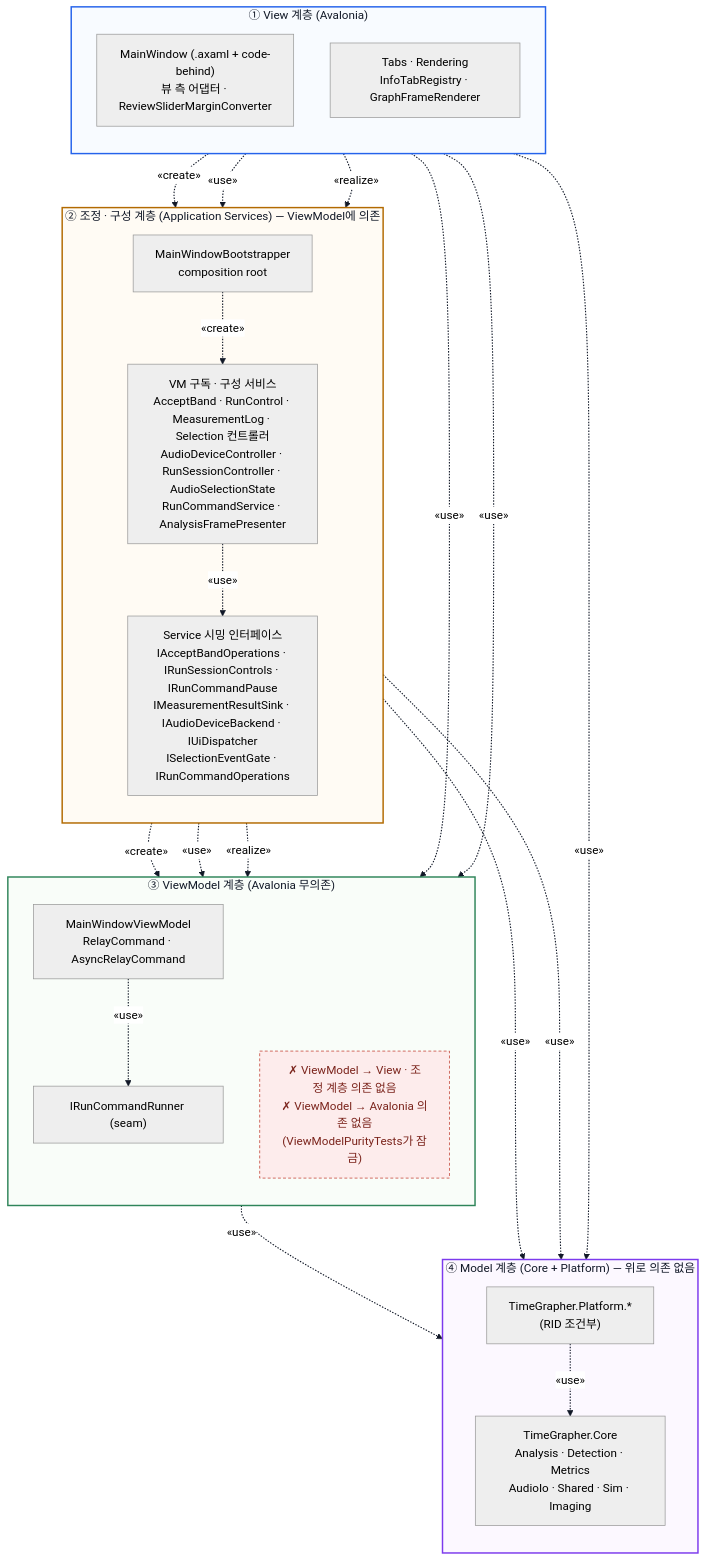
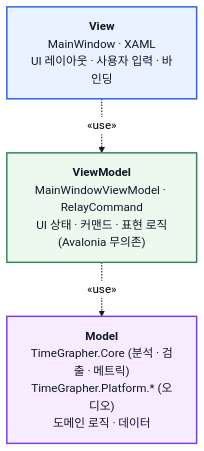
One commit to Jae-hong-5/TimeGrapher-Net changed the diagram in docs/for-ai/MVVM_VIEW_ARCHITECTURE.md. Above: the diagram before and after it, drawn with Mermaid (neutral theme). The commit also changed other lines of this file, not shown here.

First line of the commit message:
docs(for-ai): simplify the MVVM dependency view to the ideal three-layer model

````diff
--- a/docs/for-ai/MVVM_VIEW_ARCHITECTURE.md
+++ b/docs/for-ai/MVVM_VIEW_ARCHITECTURE.md
@@ -29,55 +13,14 @@
 ```mermaid
 flowchart TB
-    subgraph ViewLayer["① View 계층 (Avalonia)"]
-        direction TB
-        VView["MainWindow (.axaml + code-behind)<br/>뷰 측 어댑터 · ReviewSliderMarginConverter"]
-        VTabs["Tabs · Rendering<br/>InfoTabRegistry · GraphFrameRenderer"]
-    end
+    View["<b>View</b><br/>MainWindow · XAML<br/>UI 레이아웃 · 사용자 입력 · 바인딩"]
+    ViewModel["<b>ViewModel</b><br/>MainWindowViewModel · RelayCommand<br/>UI 상태 · 커맨드 · 표현 로직<br/>(Avalonia 무의존)"]
+    Model["<b>Model</b><br/>TimeGrapher.Core (분석 · 검출 · 메트릭)<br/>TimeGrapher.Platform.* (오디오)<br/>도메인 로직 · 데이터"]
 
-    subgraph CoordLayer["② 조정 · 구성 계층 (Application Services) — ViewModel에 의존"]
-        direction TB
-        Boot["MainWindowBootstrapper<br/>composition root"]
-        Coord["VM 구독 · 구성 서비스<br/>AcceptBand · RunControl · MeasurementLog · Selection 컨트롤러<br/>AudioDeviceController · RunSessionController · AudioSelectionState<br/>RunCommandService · AnalysisFramePresenter"]
-        Seams["Service 시밍 인터페이스<br/>IAcceptBandOperations · IRunSessionControls · IRunCommandPause<br/>IMeasurementResultSink · IAudioDeviceBackend · IUiDispatcher<br/>ISelectionEventGate · IRunCommandOperations"]
-    end
+    View -. "«use»" .-> ViewModel
+    ViewModel -. "«use»" .-> Model
 
-    subgraph ViewModelLayer["③ ViewModel 계층 (Avalonia 무의존)"]
-        direction TB
-        VM["MainWindowViewModel<br/>RelayCommand · AsyncRelayCommand"]
-        Runner["IRunCommandRunner (seam)"]
-        NoDep["✗ ViewModel → View · 조정 계층 의존 없음<br/>✗ ViewModel → Avalonia 의존 없음<br/>(ViewModelPurityTests가 잠금)"]
-    end
-
-    subgraph ModelLayer["④ Model 계층 (Core + Platform) — 위로 의존 없음"]
-        direction TB
-        Core["TimeGrapher.Core<br/>Analysis · Detection · Metrics<br/>AudioIo · Shared · Sim · Imaging"]
-        Platform["TimeGrapher.Platform.*<br/>(RID 조건부)"]
-    end
-
-    style ViewLayer fill:#eaf2ff,fill-opacity:0.35,stroke:#2563eb,stroke-width:2px,color:#111827
-    style CoordLayer fill:#fff3df,fill-opacity:0.35,stroke:#b26a00,stroke-width:2px,color:#111827
-    style ViewModelLayer fill:#edf8ee,fill-opacity:0.35,stroke:#2f855a,stroke-width:2px,color:#111827
-    style ModelLayer fill:#f7ecff,fill-opacity:0.35,stroke:#7c3aed,stroke-width:2px,color:#111827
-    style NoDep fill:#fdecec,stroke:#c0392b,stroke-width:1px,color:#7b241c,stroke-dasharray:4 3
+    style View fill:#eaf2ff,stroke:#2563eb,stroke-width:2px,color:#111827
+    style ViewModel fill:#edf8ee,stroke:#2f855a,stroke-width:2px,color:#111827
+    style Model fill:#f7ecff,stroke:#7c3aed,stroke-width:2px,color:#111827
     linkStyle default stroke:#111827,stroke-width:1.5px
-
-    VView -. "«create»" .-> Boot
-    VView -. "«use»" .-> Coord
-    VView -. "«use»" .-> VM
-    VView -. "«realize»" .-> Seams
-    VTabs -. "«use»" .-> VM
-    VTabs -. "«use»" .-> Core
-
-    Boot -. "«create»" .-> Coord
-    Boot -. "«create»" .-> VM
-    Boot -. "«use»" .-> Core
-    Coord -. "«use»" .-> VM
-    Coord -. "«use»" .-> Seams
-    Coord -. "«use»" .-> Core
-    Coord -. "«realize»" .-> Runner
-
-    VM -. "«use»" .-> Runner
-    VM -. "«use»" .-> Core
-
-    Platform -. "«use»" .-> Core
 ```
````
